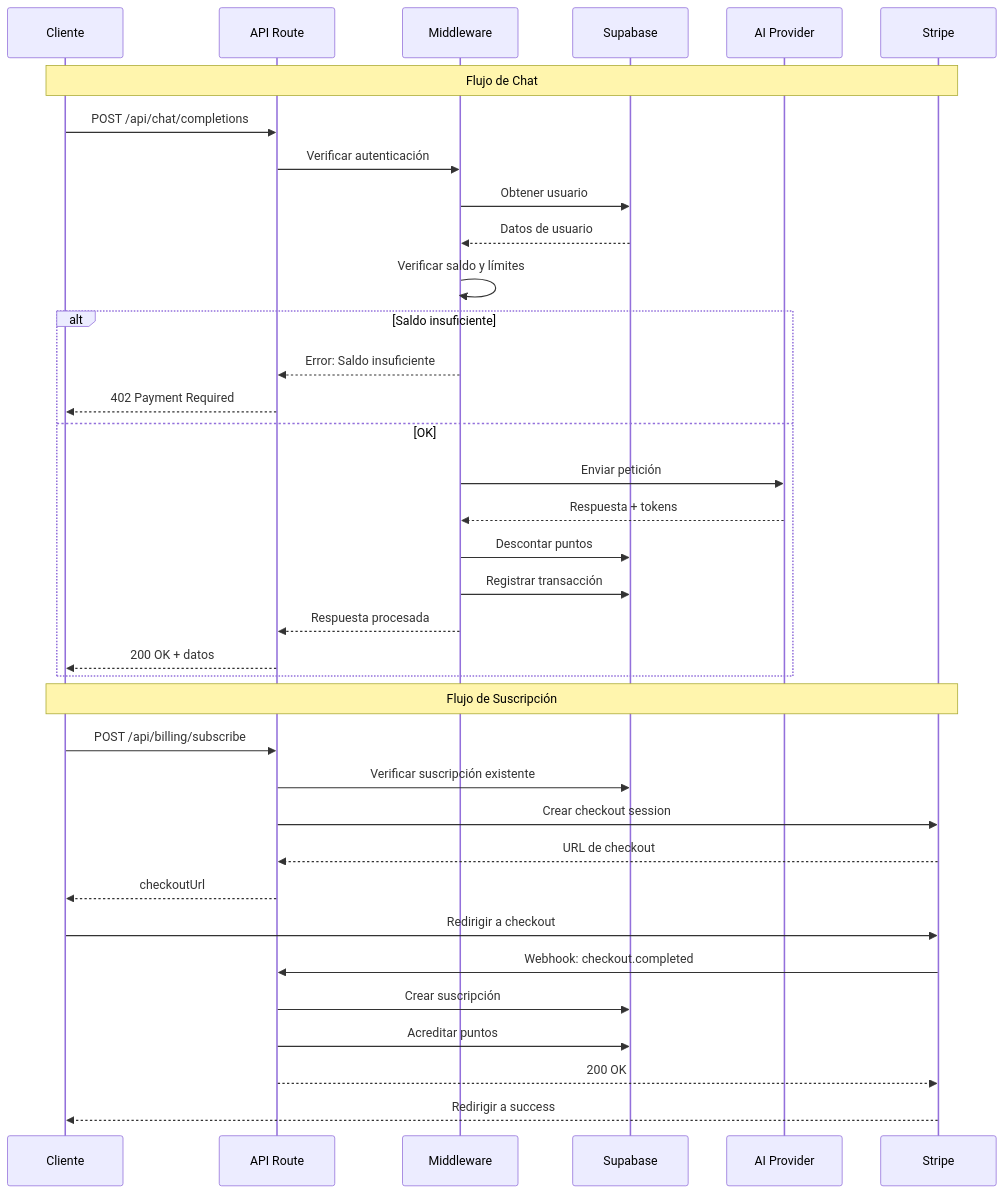
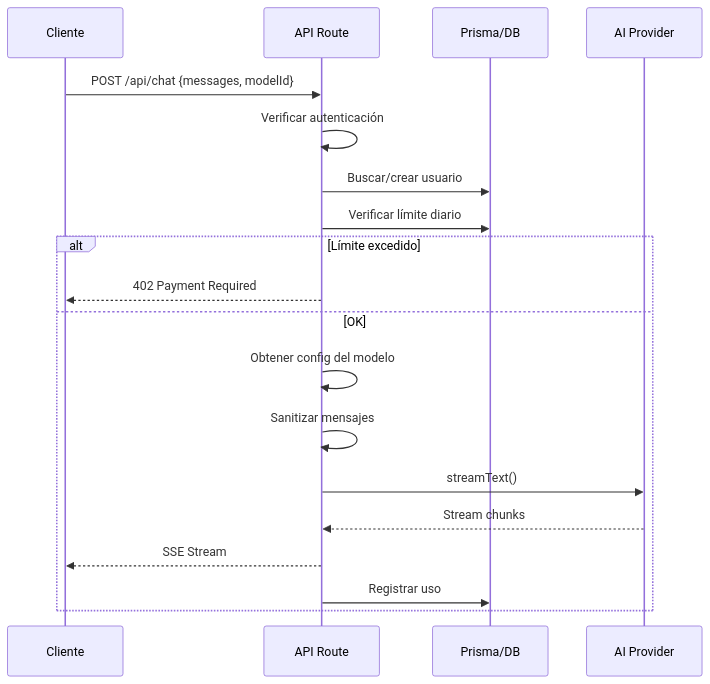
Before and after one commit to sebastianmalbaceda/aether-hub: the second of 2 diagrams in plans/api-routes.md, drawn with Mermaid. The commit also changed other lines of this file and 15 other files, not shown here.

````diff
--- a/plans/api-routes.md
+++ b/plans/api-routes.md
@@ -1078,40 +254,22 @@
 ```mermaid
 sequenceDiagram
     participant C as Cliente
-    participant API as API Route
-    participant MW as Middleware
-    participant DB as Supabase
+    participant A as API Route
+    participant DB as Prisma/DB
     participant AI as AI Provider
-    participant Stripe as Stripe
 
-    Note over C,Stripe: Flujo de Chat
-    C->>API: POST /api/chat/completions
-    API->>MW: Verificar autenticación
-    MW->>DB: Obtener usuario
-    DB-->>MW: Datos de usuario
-    MW->>MW: Verificar saldo y límites
-    alt Saldo insuficiente
-        MW-->>API: Error: Saldo insuficiente
-        API-->>C: 402 Payment Required
+    C->>A: POST /api/chat {messages, modelId}
+    A->>A: Verificar autenticación
+    A->>DB: Buscar/crear usuario
+    A->>DB: Verificar límite diario
+    alt Límite excedido
+        A-->>C: 402 Payment Required
     else OK
-        MW->>AI: Enviar petición
-        AI-->>MW: Respuesta + tokens
-        MW->>DB: Descontar puntos
-        MW->>DB: Registrar transacción
-        MW-->>API: Respuesta procesada
-        API-->>C: 200 OK + datos
+        A->>A: Obtener config del modelo
+        A->>A: Sanitizar mensajes
+        A->>AI: streamText()
+        AI-->>A: Stream chunks
+        A-->>C: SSE Stream
+        A->>DB: Registrar uso
     end
-
-    Note over C,Stripe: Flujo de Suscripción
-    C->>API: POST /api/billing/subscribe
-    API->>DB: Verificar suscripción existente
-    API->>Stripe: Crear checkout session
-    Stripe-->>API: URL de checkout
-    API-->>C: checkoutUrl
-    C->>Stripe: Redirigir a checkout
-    Stripe->>API: Webhook: checkout.completed
-    API->>DB: Crear suscripción
-    API->>DB: Acreditar puntos
-    API-->>Stripe: 200 OK
-    Stripe-->>C: Redirigir a success
 ```
````
